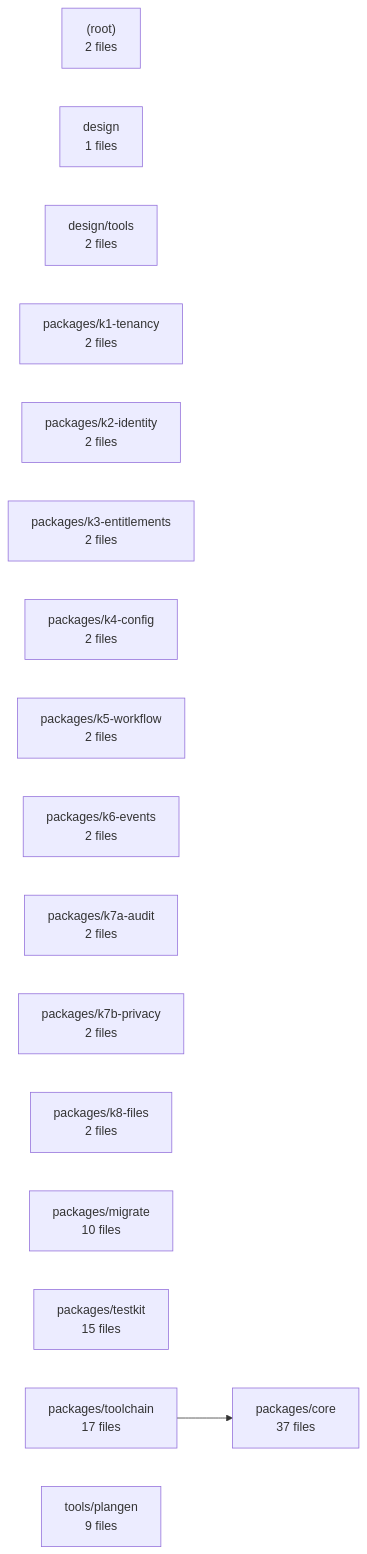
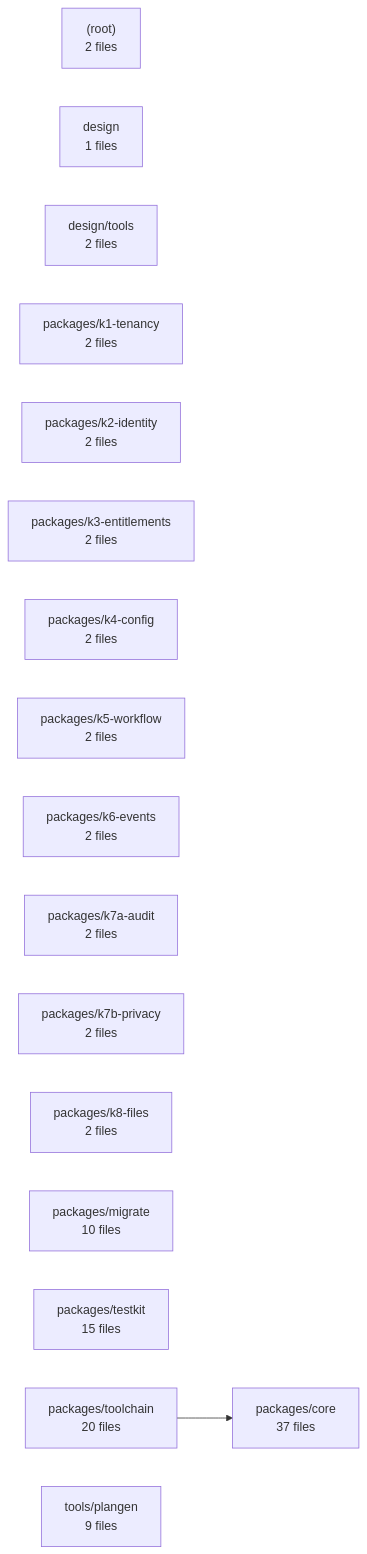
One commit to AadarshMishraa/epc_dashboard changed the diagram in .claude/map/diagrams/modules.mmd. Above: the diagram before and after it, drawn with Mermaid. The commit also changed 22 other files, not shown here.

```diff
--- a/.claude/map/diagrams/modules.mmd
+++ b/.claude/map/diagrams/modules.mmd
@@ -1,19 +1,19 @@
 flowchart LR
   _root_["(root)<br/>2 files"]
   design["design<br/>1 files"]
   design_tools["design/tools<br/>2 files"]
   packages_core["packages/core<br/>37 files"]
   packages_k1_tenancy["packages/k1-tenancy<br/>2 files"]
   packages_k2_identity["packages/k2-identity<br/>2 files"]
   packages_k3_entitlements["packages/k3-entitlements<br/>2 files"]
   packages_k4_config["packages/k4-config<br/>2 files"]
   packages_k5_workflow["packages/k5-workflow<br/>2 files"]
   packages_k6_events["packages/k6-events<br/>2 files"]
   packages_k7a_audit["packages/k7a-audit<br/>2 files"]
   packages_k7b_privacy["packages/k7b-privacy<br/>2 files"]
   packages_k8_files["packages/k8-files<br/>2 files"]
   packages_migrate["packages/migrate<br/>10 files"]
   packages_testkit["packages/testkit<br/>15 files"]
-  packages_toolchain["packages/toolchain<br/>17 files"]
+  packages_toolchain["packages/toolchain<br/>20 files"]
   tools_plangen["tools/plangen<br/>9 files"]
   packages_toolchain --> packages_core
```
